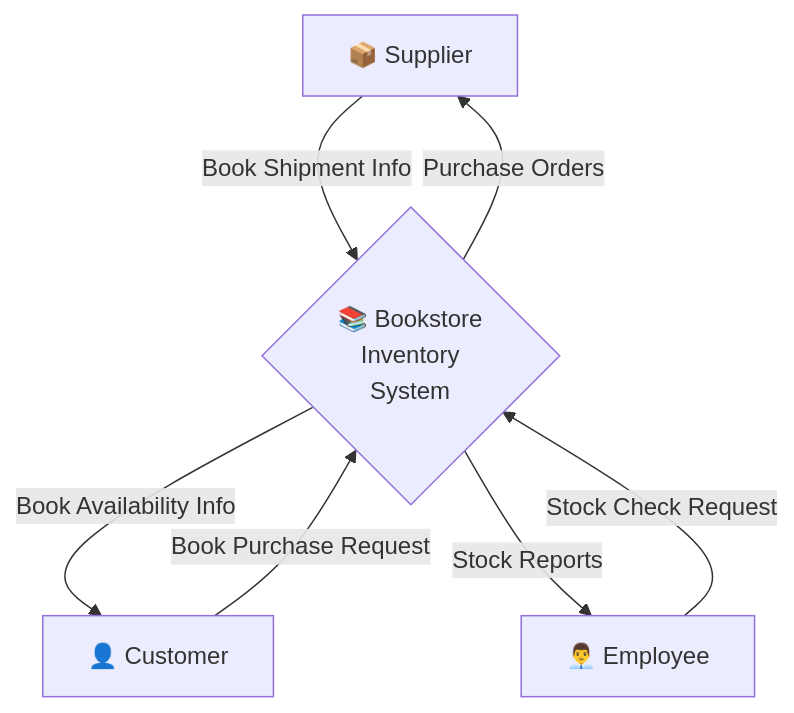
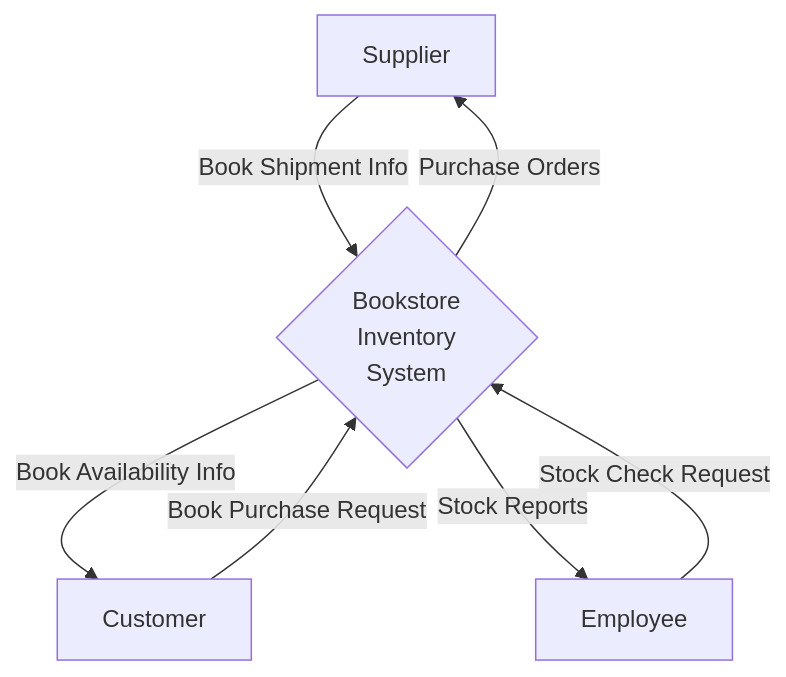
Before and after one commit to REZ3X/rejaka_web: the second of 10 diagrams in public/blog/posts/DataFlowDiagram/index.md, drawn with Mermaid. The commit also changed other lines of this file and 12 other files, not shown here.

````diff
--- a/public/blog/posts/DataFlowDiagram/index.md
+++ b/public/blog/posts/DataFlowDiagram/index.md
@@ -146,17 +154,17 @@
 ```mermaid
 flowchart TD
-    Supplier[📦 Supplier] 
-    Customer[👤 Customer]
-    Employee[👨‍💼 Employee]
-    
-    System{📚 Bookstore<br/>Inventory<br/>System}
-    
+    Supplier[Supplier]
+    Customer[Customer]
+    Employee[Employee]
+
+    System{Bookstore<br/>Inventory<br/>System}
+
     Supplier -->|Book Shipment Info| System
     System -->|Purchase Orders| Supplier
-    
+
     Customer -->|Book Purchase Request| System
     System -->|Book Availability Info| Customer
-    
+
     Employee -->|Stock Check Request| System
     System -->|Stock Reports| Employee
 ```
````
